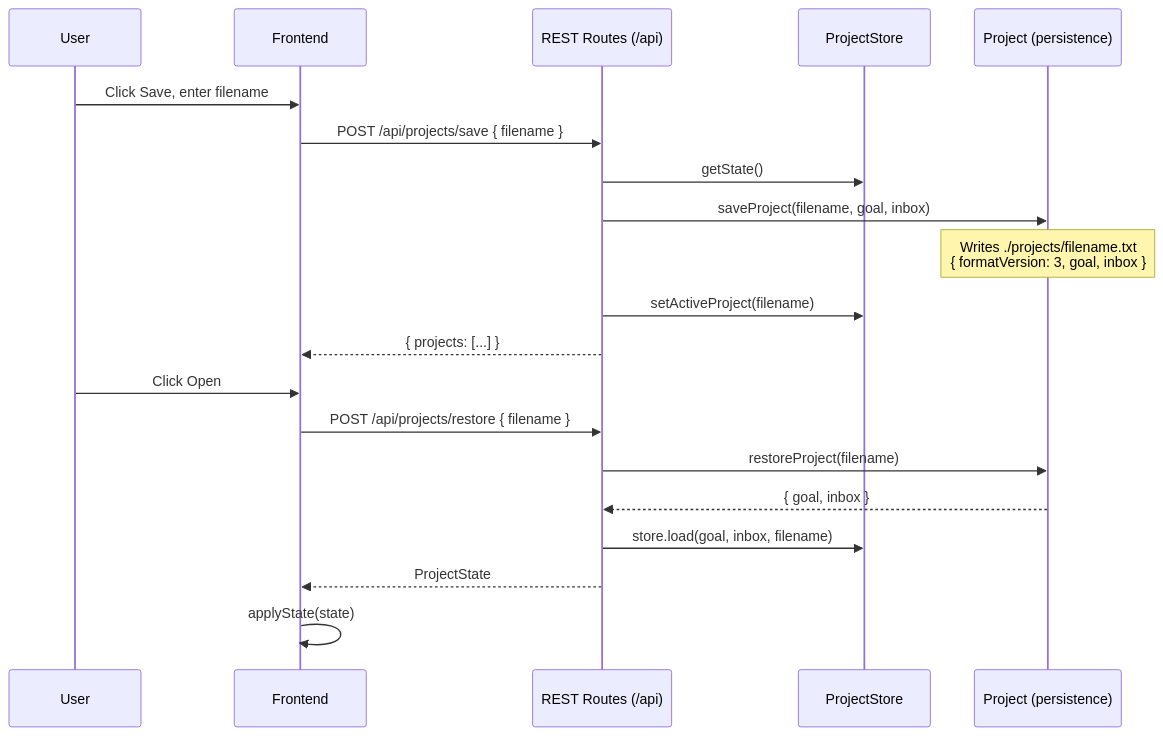
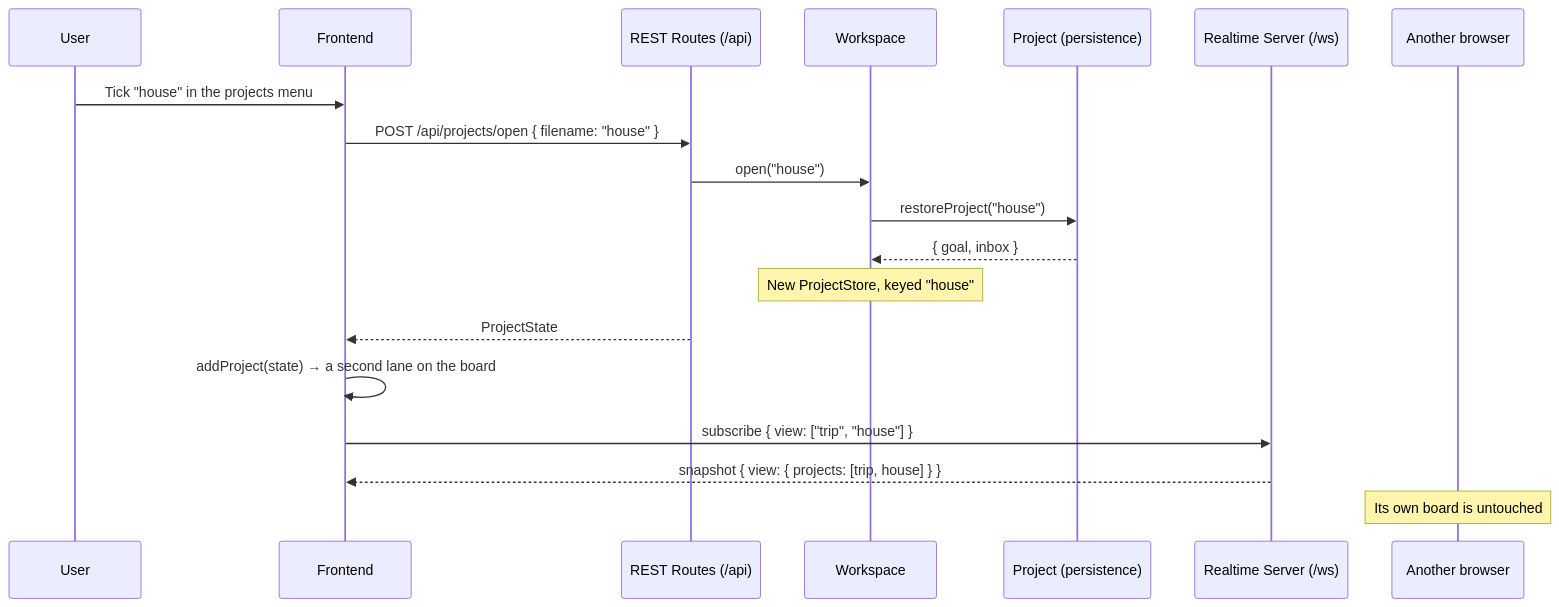
One commit to tantinlala/blossom-mcp changed the fifth of 6 diagrams in docs/architecture/sequences.md. Above: the diagram before and after it, drawn with Mermaid. The commit also changed other lines of this file and 74 other files, not shown here.

First line of the commit message:
Hold several projects open, one board per session

````diff
--- a/docs/architecture/sequences.md
+++ b/docs/architecture/sequences.md
@@ -52,24 +115,22 @@
 ```mermaid
 sequenceDiagram
     participant U as User
     participant F as Frontend
     participant R as REST Routes (/api)
-    participant S as ProjectStore
+    participant W as Workspace
     participant P as Project (persistence)
+    participant RT as Realtime Server (/ws)
+    participant G as Another browser
 
-    U->>F: Click Save, enter filename
-    F->>R: POST /api/projects/save { filename }
-    R->>S: getState()
-    R->>P: saveProject(filename, goal, inbox)
-    Note over P: Writes ./projects/filename.txt<br/>{ formatVersion: 3, goal, inbox }
-    R->>S: setActiveProject(filename)
-    R-->>F: { projects: [...] }
-
-    U->>F: Click Open
-    F->>R: POST /api/projects/restore { filename }
-    R->>P: restoreProject(filename)
-    P-->>R: { goal, inbox }
-    R->>S: store.load(goal, inbox, filename)
+    U->>F: Tick "house" in the projects menu
+    F->>R: POST /api/projects/open { filename: "house" }
+    R->>W: open("house")
+    W->>P: restoreProject("house")
+    P-->>W: { goal, inbox }
+    Note over W: New ProjectStore, keyed "house"
     R-->>F: ProjectState
-    F->>F: applyState(state)
+    F->>F: addProject(state) → a second lane on the board
+    F->>RT: subscribe { view: ["trip", "house"] }
+    RT-->>F: snapshot { view: { projects: [trip, house] } }
+    Note over G: Its own board is untouched
 ```
````
